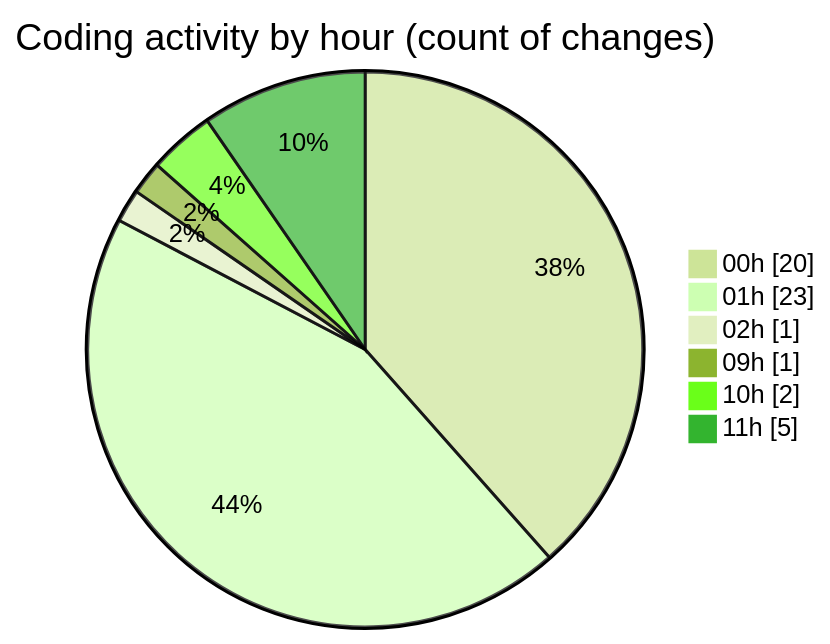
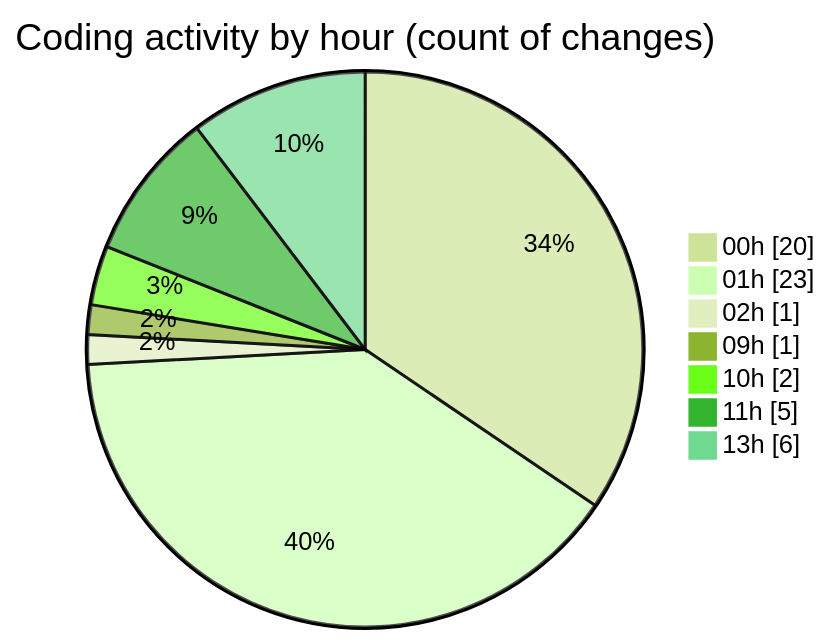
Before and after one commit to julien-gomy/code-tracking: the second of 2 diagrams in 2025-10-16/eventscop-frontend-guide__workspace_/README.md, drawn with Mermaid (forest theme). The commit also changed other lines of this file and 1 other file, not shown here.

````diff
--- a/2025-10-16/eventscop-frontend-guide__workspace_/README.md
+++ b/2025-10-16/eventscop-frontend-guide__workspace_/README.md
@@ -40,10 +40,11 @@
 ```mermaid
 pie showData
 title Coding activity by hour (count of changes)
 "00h" : 20
 "01h" : 23
 "02h" : 1
 "09h" : 1
 "10h" : 2
 "11h" : 5
+"13h" : 6
 ```
````
